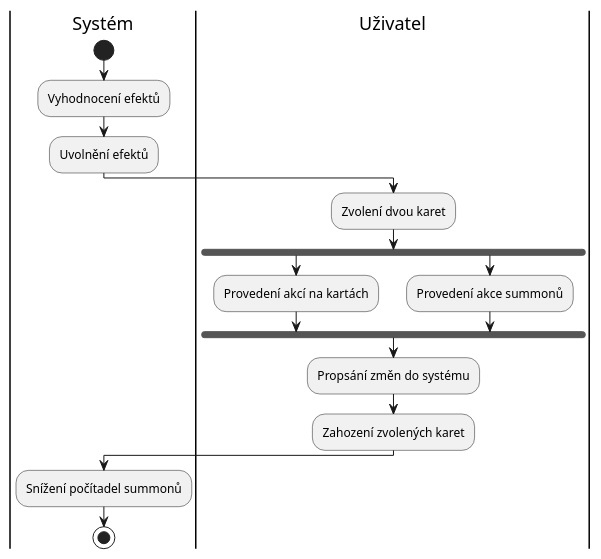
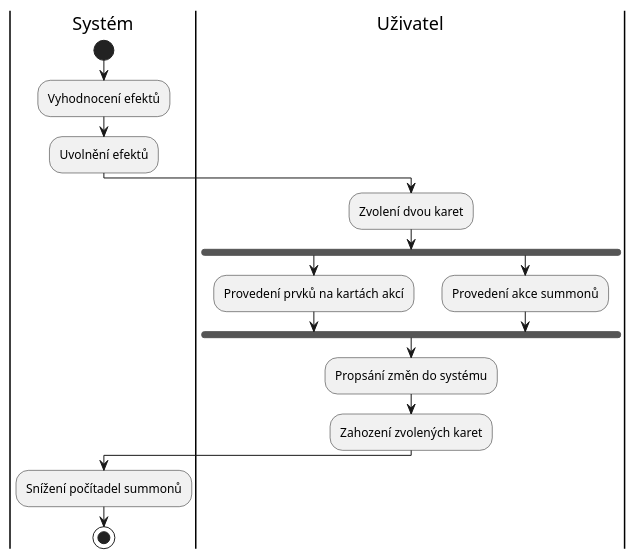
Before and after one commit to Trails-Through-Shadows/TTS-Thesis: the diagram in kov0354/src/figures/diagrams/playerTurn.puml, drawn with PlantUML. The commit also changed 2 other files, not shown here.

```diff
--- a/kov0354/src/figures/diagrams/playerTurn.puml
+++ b/kov0354/src/figures/diagrams/playerTurn.puml
@@ -1,22 +1,22 @@
 @startuml playerTurn
 |Systém|
 start
 
 :Vyhodnocení efektů;
 :Uvolnění efektů;
 
 |Uživatel|
 :Zvolení dvou karet;
 fork
-  :Provedení akcí na kartách;
+  :Provedení prvků na kartách akcí;
 fork again
   :Provedení akce summonů;
 end fork
 :Propsání změn do systému;
 :Zahození zvolených karet;
 
 |Systém|
 :Snížení počítadel summonů;
 
 stop
 @enduml
```
